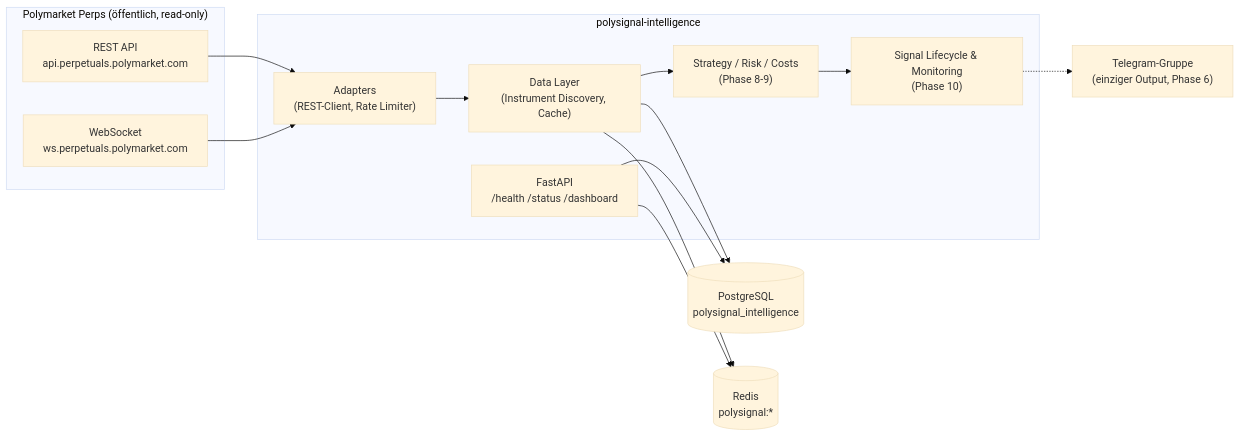
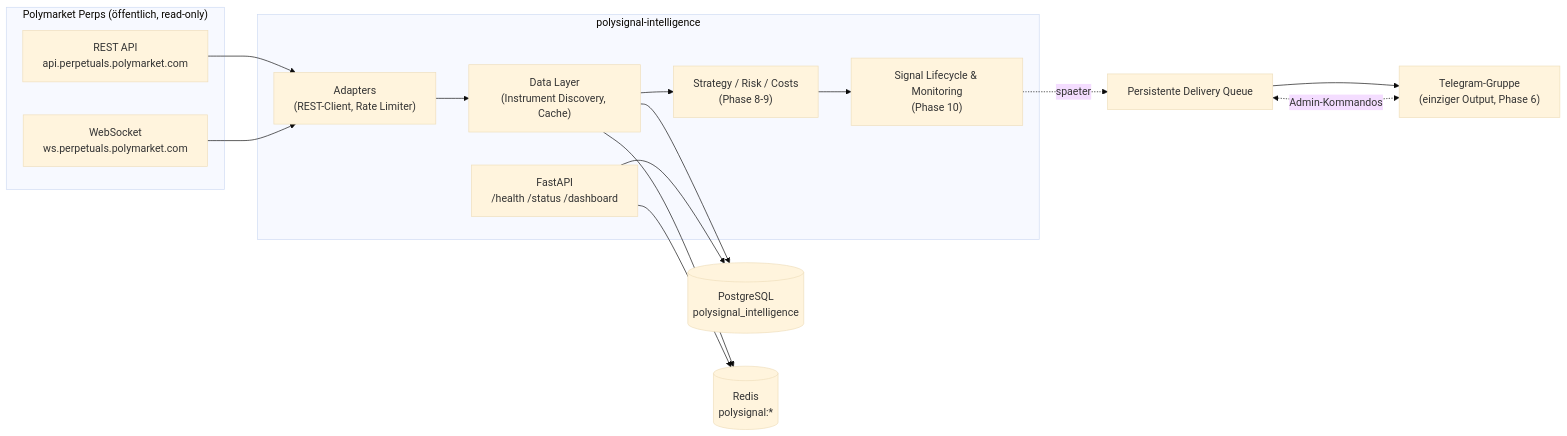
The diagram in README.md (moritzkraemer290809-cell/signal-polybot), drawn with Mermaid (base theme) before and after one commit. The commit also changed other lines of this file and 42 other files, not shown here.

First line of the commit message:
Phase 6: Telegram delivery service, persistent queue, admin commands

````diff
--- a/README.md
+++ b/README.md
@@ -27,27 +28,29 @@
 ```mermaid
 flowchart LR
     subgraph public["Polymarket Perps (öffentlich, read-only)"]
         REST["REST API<br/>api.perpetuals.polymarket.com"]
         WS["WebSocket<br/>ws.perpetuals.polymarket.com"]
     end
 
     subgraph app["polysignal-intelligence"]
         ADP["Adapters<br/>(REST-Client, Rate Limiter)"]
         DATA["Data Layer<br/>(Instrument Discovery, Cache)"]
         STRAT["Strategy / Risk / Costs<br/>(Phase 8-9)"]
         MON["Signal Lifecycle & Monitoring<br/>(Phase 10)"]
         API["FastAPI<br/>/health /status /dashboard"]
     end
 
     PG[("PostgreSQL<br/>polysignal_intelligence")]
     RD[("Redis<br/>polysignal:*")]
     TG["Telegram-Gruppe<br/>(einziger Output, Phase 6)"]
 
     REST --> ADP --> DATA
     WS --> ADP
     DATA --> PG
     DATA --> RD
-    DATA --> STRAT --> MON -.-> TG
+    DATA --> STRAT --> MON
+    MON -.spaeter.-> TGQ["Persistente Delivery Queue"] --> TG
+    TGQ <-.Admin-Kommandos.-> TG
     API --> PG
     API --> RD
 ```
````
